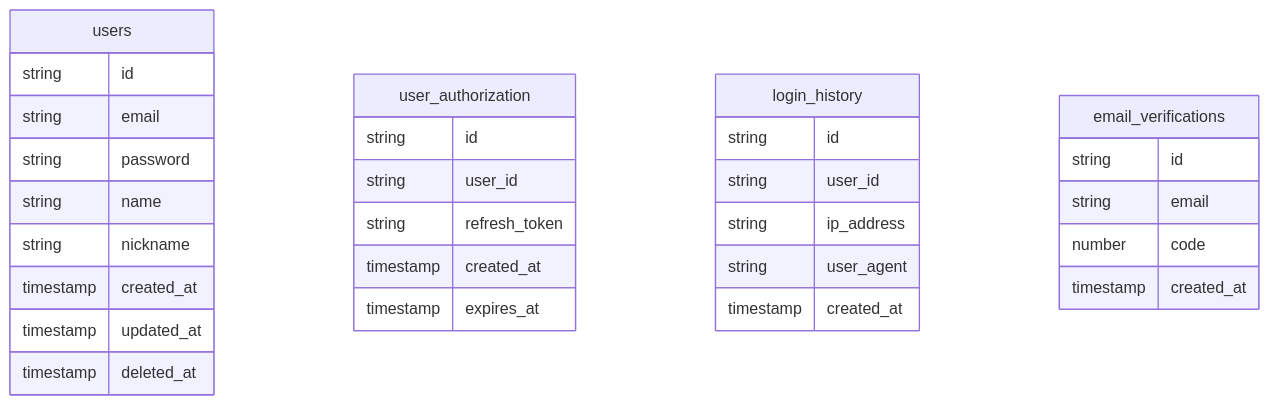
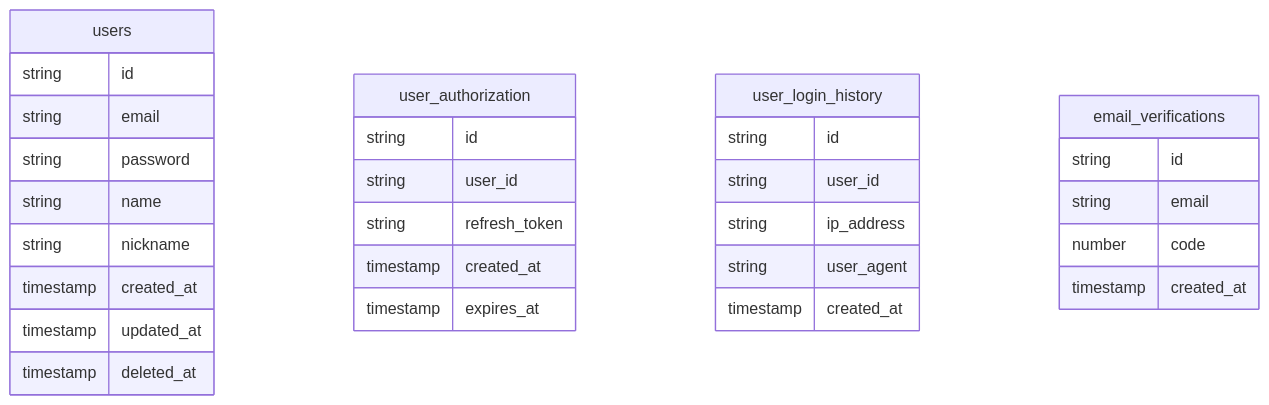
One commit to silverline-k/oh-my-nest changed the diagram in README.md. Above: the diagram before and after it, drawn with Mermaid. The commit also changed 1 other file, not shown here.

Commit message:
docs: 테스트를 위한 PRD.md 추가

````diff
--- a/README.md
+++ b/README.md
@@ -11,39 +11,39 @@
 ```mermaid
 erDiagram
 users {
   string id
   string email
   string password
   string name
   string nickname
   timestamp created_at
   timestamp updated_at
   timestamp deleted_at
 }
 user_authorization {
   string id
   string user_id
   string refresh_token
   timestamp created_at
   timestamp expires_at
 }
-login_history {
+user_login_history {
   string id
   string user_id
   string ip_address
   string user_agent
   timestamp created_at
 }
 email_verifications {
   string id
   string email
   number code
   timestamp created_at
 }
 
 %% EVENT {
 %%   string id
 %%   string title
 %%   string description
 %% }
 ```
````
